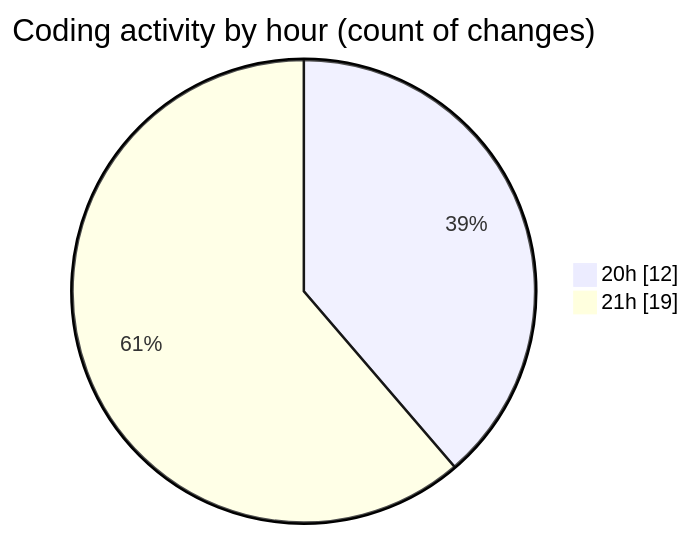
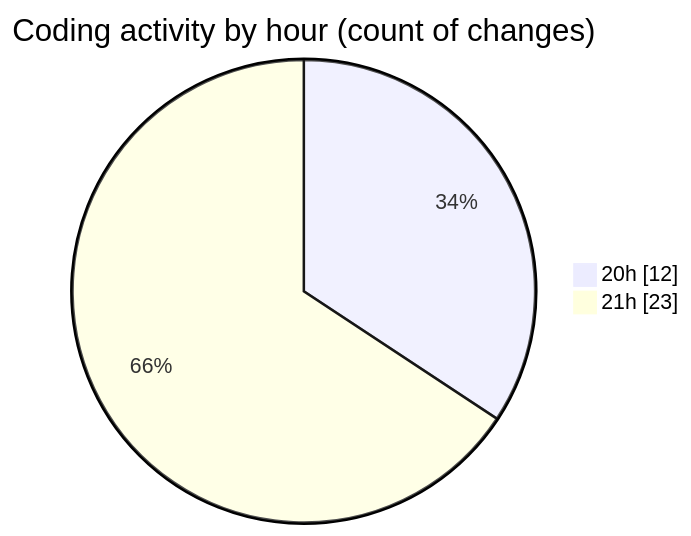
One commit to Netris89/code-tracking changed the second of 2 diagrams in 2025-04-24/echo/README.md. Above: the diagram before and after it, drawn with Mermaid. The commit also changed other lines of this file and 1 other file, not shown here.

````diff
--- a/2025-04-24/echo/README.md
+++ b/2025-04-24/echo/README.md
@@ -28,6 +30,6 @@
 ```mermaid
 pie showData
 title Coding activity by hour (count of changes)
 "20h" : 12
-"21h" : 19
+"21h" : 23
 ```
````
